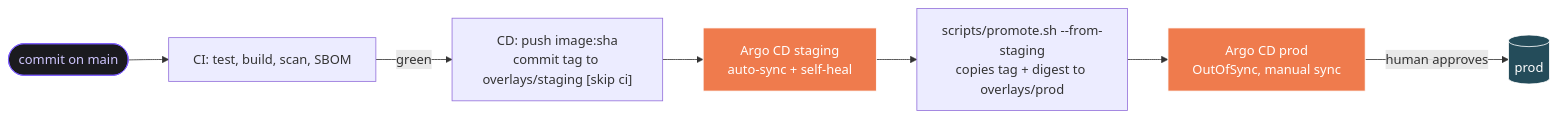
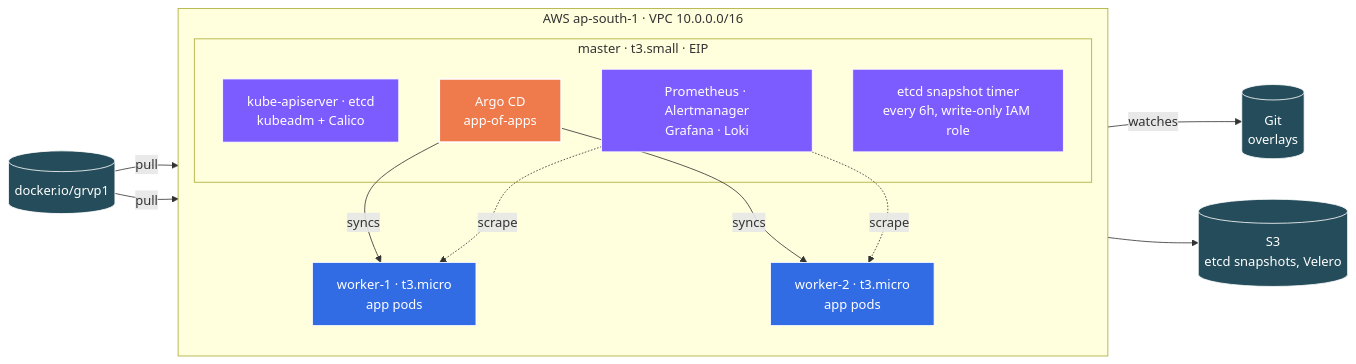
One commit to grvtech1/VANTA-Boutique changed the third of 4 diagrams in README.md. Above: the diagram before and after it, drawn with Mermaid. The commit also changed other lines of this file and 1 other file, not shown here.

````diff
--- a/README.md
+++ b/README.md
@@ -179,13 +184,32 @@
 ```mermaid
 flowchart LR
-    c([commit on main]):::ext --> ci["CI: test, build, scan, SBOM"]
-    ci -->|green| cd["CD: push image:sha<br/>commit tag to overlays/staging [skip ci]"]
-    cd --> st["Argo CD staging<br/>auto-sync + self-heal"]:::argo
-    st --> pr["scripts/promote.sh --from-staging<br/>copies tag + digest to overlays/prod"]
-    pr --> ps["Argo CD prod<br/>OutOfSync, manual sync"]:::argo
-    ps -->|human approves| prod[("prod")]:::store
+    git[("Git<br/>overlays")]:::store
+    reg[("docker.io/grvp1")]:::store
+    s3[("S3<br/>etcd snapshots, Velero")]:::store
 
-    classDef argo  fill:#ef7b4d,stroke:#fff,color:#fff;
+    subgraph aws["AWS ap-south-1 · VPC 10.0.0.0/16"]
+      direction TB
+      subgraph master["master · t3.small · EIP"]
+        api["kube-apiserver · etcd<br/>kubeadm + Calico"]:::edge
+        argo["Argo CD<br/>app-of-apps"]:::argo
+        obs["Prometheus · Alertmanager<br/>Grafana · Loki"]:::edge
+        snap["etcd snapshot timer<br/>every 6h, write-only IAM role"]:::edge
+      end
+      w1["worker-1 · t3.micro<br/>app pods"]:::node
+      w2["worker-2 · t3.micro<br/>app pods"]:::node
+    end
+
+    argo -->|watches| git
+    argo -->|syncs| w1
+    argo -->|syncs| w2
+    reg -->|pull| w1
+    reg -->|pull| w2
+    obs -.->|scrape| w1
+    obs -.->|scrape| w2
+    snap --> s3
+
+    classDef edge  fill:#7c5cff,stroke:#fff,color:#fff;
+    classDef argo  fill:#ef7b4d,stroke:#fff,color:#fff,stroke-width:2px;
+    classDef node  fill:#326ce5,stroke:#fff,color:#fff;
     classDef store fill:#244c5a,stroke:#fff,color:#fff;
-    classDef ext   fill:#1b1b1f,stroke:#7c5cff,color:#cfc6ff;
 ```
````
